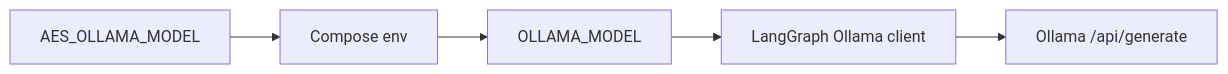
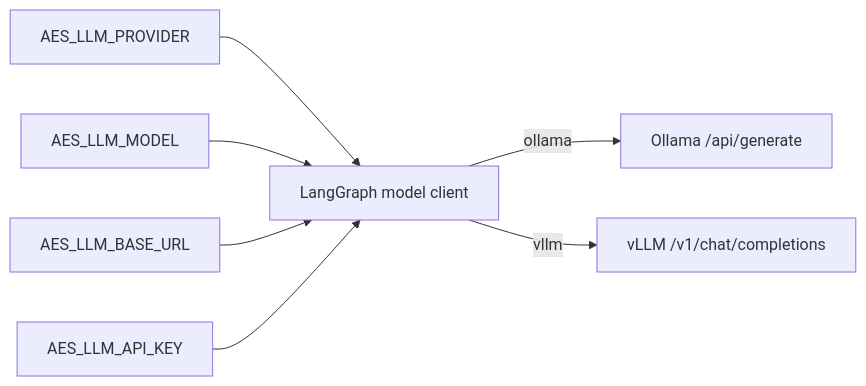
Before and after one commit to RadmirG/AES: the fifth of 10 diagrams in docs/architecture.md, drawn with Mermaid. The commit also changed other lines of this file and 26 other files, not shown here.

````diff
--- a/docs/architecture.md
+++ b/docs/architecture.md
@@ -184,7 +192,9 @@
 ```mermaid
 flowchart LR
-    A["AES_OLLAMA_MODEL"] --> B["Compose env"]
-    B --> C["OLLAMA_MODEL"]
-    C --> D["LangGraph Ollama client"]
-    D --> E["Ollama /api/generate"]
+    A["AES_LLM_PROVIDER"] --> B["LangGraph model client"]
+    B -->|"ollama"| C["Ollama /api/generate"]
+    B -->|"vllm"| D["vLLM /v1/chat/completions"]
+    E["AES_LLM_MODEL"] --> B
+    F["AES_LLM_BASE_URL"] --> B
+    G["AES_LLM_API_KEY"] --> B
 ```
````
